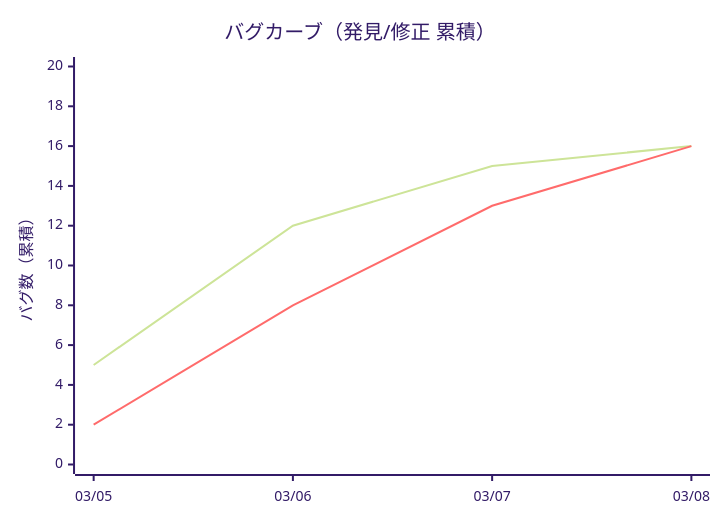
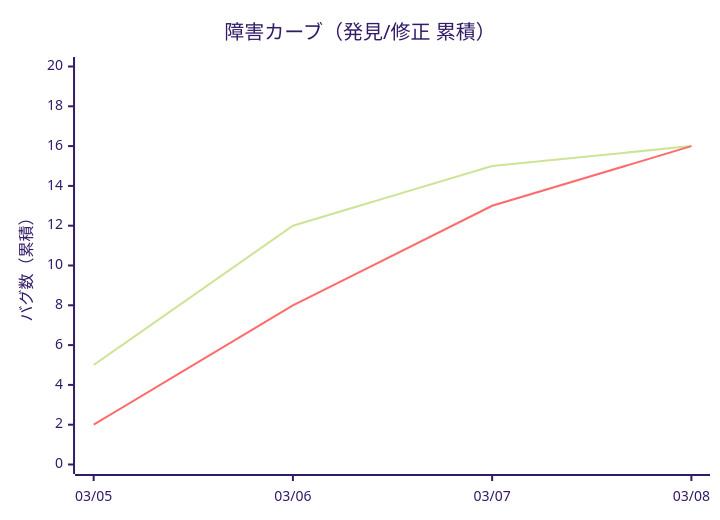
One commit to GoodRelax/claude-code-full-auto-dev changed the eighth of 11 diagrams in process-rules/full-auto-dev-process-rules-ja.md. Above: the diagram before and after it, drawn with Mermaid (forest theme). The commit also changed other lines of this file and 21 other files, not shown here.

````diff
--- a/process-rules/full-auto-dev-process-rules-ja.md
+++ b/process-rules/full-auto-dev-process-rules-ja.md
@@ -1062,8 +1062,8 @@
 ```mermaid
 xychart-beta
-    title "バグカーブ（発見/修正 累積）"
+    title "障害カーブ（発見/修正 累積）"
     x-axis ["03/05", "03/06", "03/07", "03/08"]
     y-axis "バグ数（累積）" 0 --> 20
     line [5, 12, 15, 16]
     line [2, 8, 13, 16]
 ```
````
